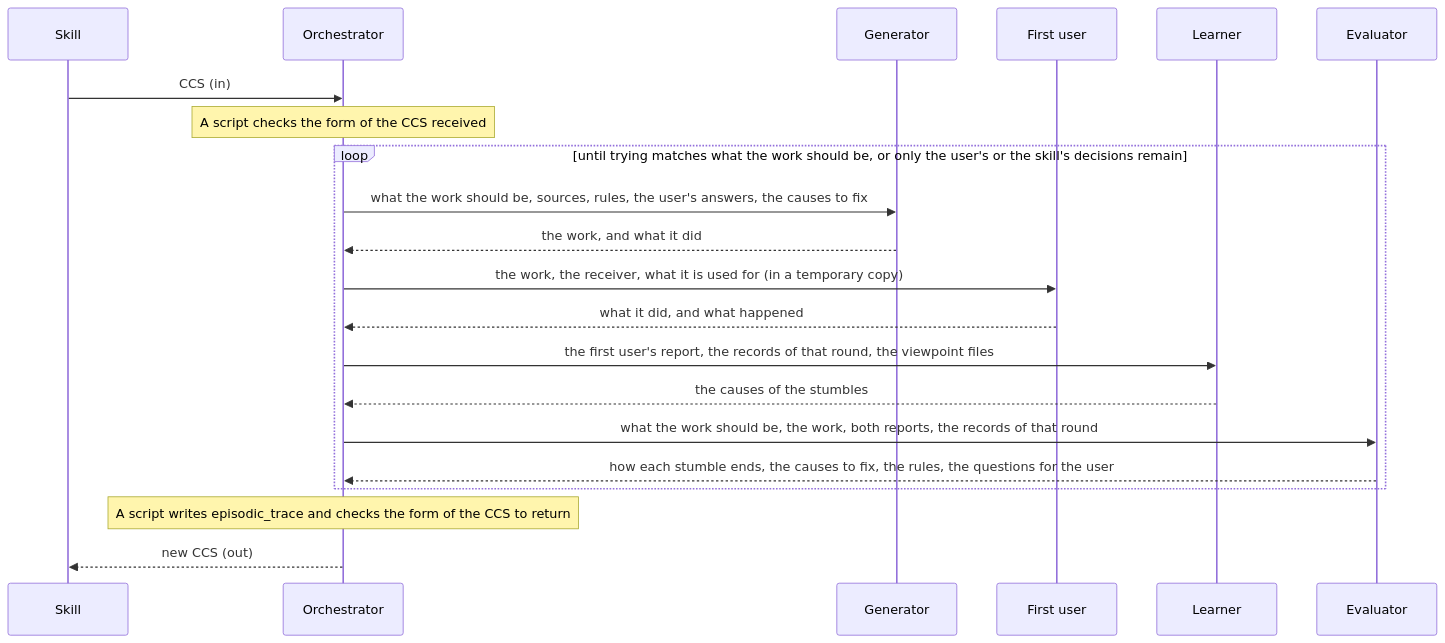
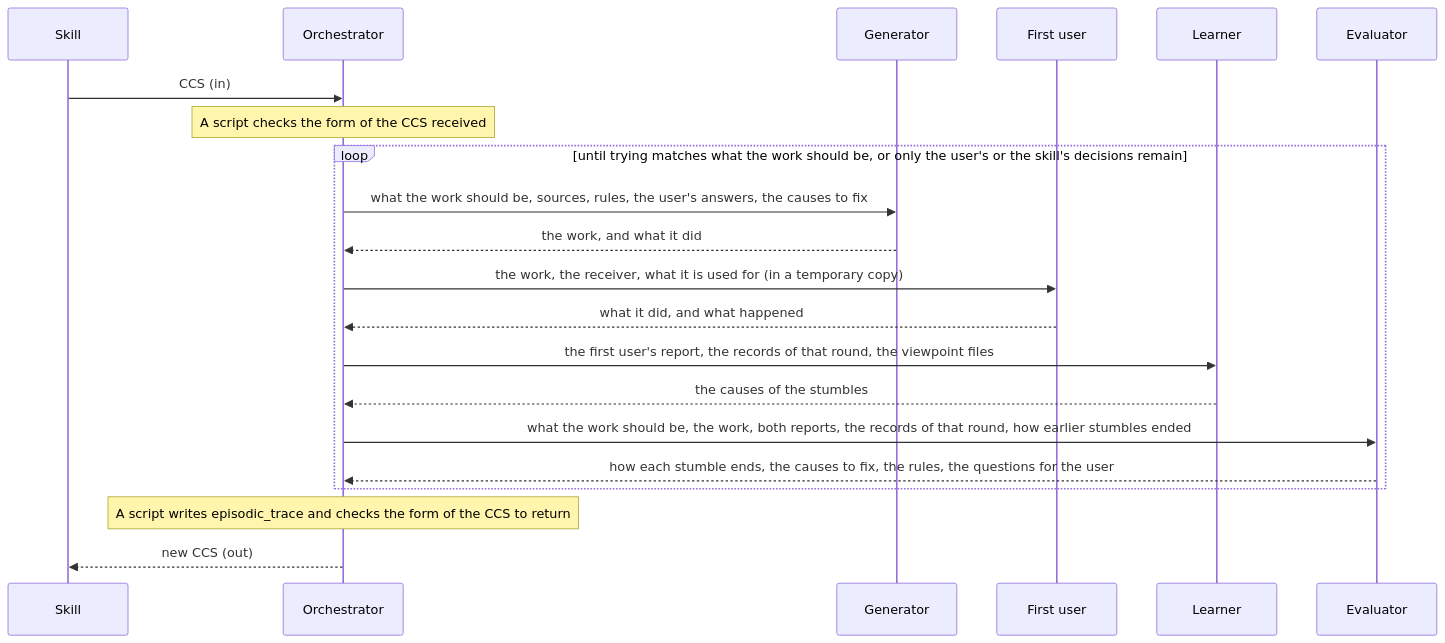
One commit to lovaizu/ccpm changed the diagram in dev/turn/design.md. Above: the diagram before and after it, drawn with Mermaid. The commit also changed other lines of this file and 1 other file, not shown here.

First line of the commit message:
turn: the README leaves the orchestrator unnamed; the evaluator is told how earlier stumbles ended

````diff
--- a/dev/turn/design.md
+++ b/dev/turn/design.md
@@ -37,23 +39,23 @@
 ```mermaid
 sequenceDiagram
   participant S as Skill
   participant O as Orchestrator
   participant G as Generator
   participant U as First user
   participant L as Learner
   participant E as Evaluator
   S->>O: CCS (in)
   Note over O: A script checks the form of the CCS received
   loop until trying matches what the work should be, or only the user's or the skill's decisions remain
     O->>G: what the work should be, sources, rules, the user's answers, the causes to fix
     G-->>O: the work, and what it did
     O->>U: the work, the receiver, what it is used for (in a temporary copy)
     U-->>O: what it did, and what happened
     O->>L: the first user's report, the records of that round, the viewpoint files
     L-->>O: the causes of the stumbles
-    O->>E: what the work should be, the work, both reports, the records of that round
+    O->>E: what the work should be, the work, both reports, the records of that round, how earlier stumbles ended
     E-->>O: how each stumble ends, the causes to fix, the rules, the questions for the user
   end
   Note over O: A script writes episodic_trace and checks the form of the CCS to return
   O-->>S: new CCS (out)
 ```
````
